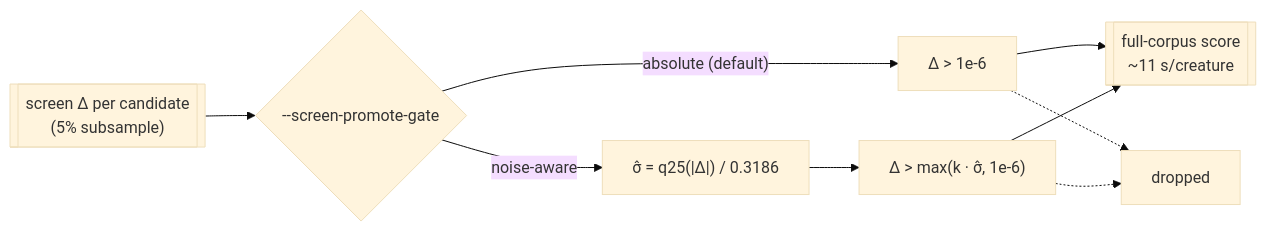
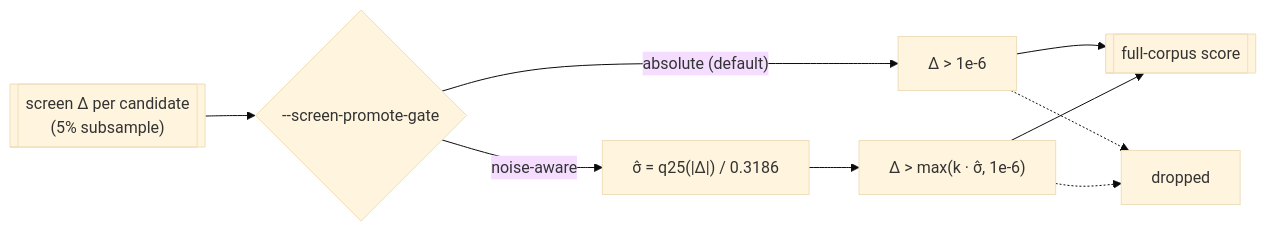
Before and after one commit to stSoftwareAU/NEAT-AI-Lamarck: the diagram in docs/promote-gate.md, drawn with Mermaid (base theme). The commit also changed other lines of this file and 6 other files, not shown here.

First line of the commit message:
🟠 docs/promote-gate.md repeats the pre-#112 "~11 s/creature" full-corpus cost (Issue #183) (#186)

````diff
--- a/docs/promote-gate.md
+++ b/docs/promote-gate.md
@@ -16,11 +17,11 @@
 ```mermaid
 flowchart LR
     SCREEN[["screen Δ per candidate<br/>(5% subsample)"]] --> GATE{"--screen-promote-gate"}
     GATE -->|"absolute (default)"| ABS["Δ > 1e-6"]
     GATE -->|"noise-aware"| SIG["σ̂ = q25(|Δ|) / 0.3186"]
     SIG --> NA["Δ > max(k · σ̂, 1e-6)"]
-    ABS --> FULL[["full-corpus score<br/>~11 s/creature"]]
+    ABS --> FULL[["full-corpus score"]]
     NA --> FULL
     ABS -.-> DROP["dropped"]
     NA -.-> DROP
 ```
````
